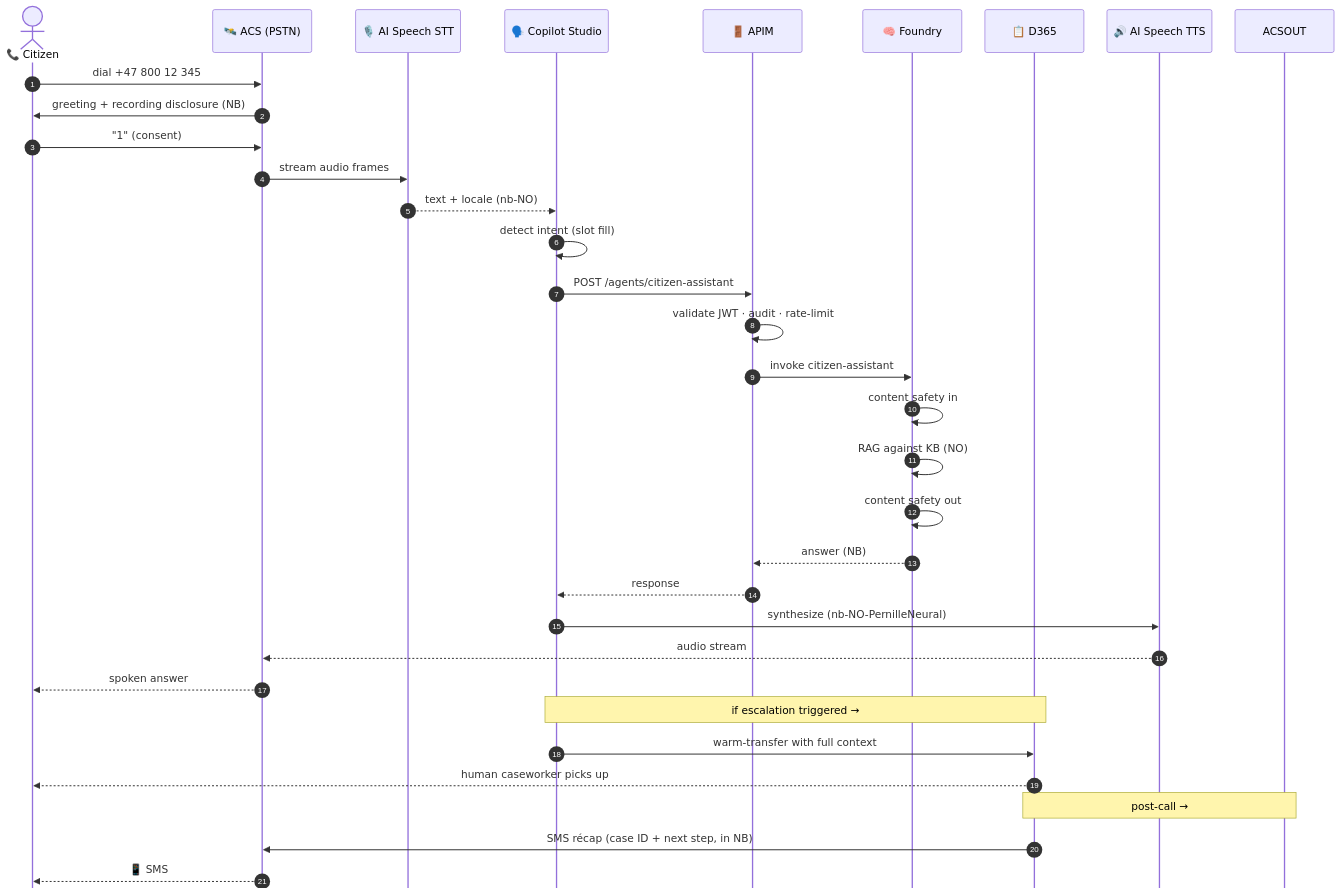
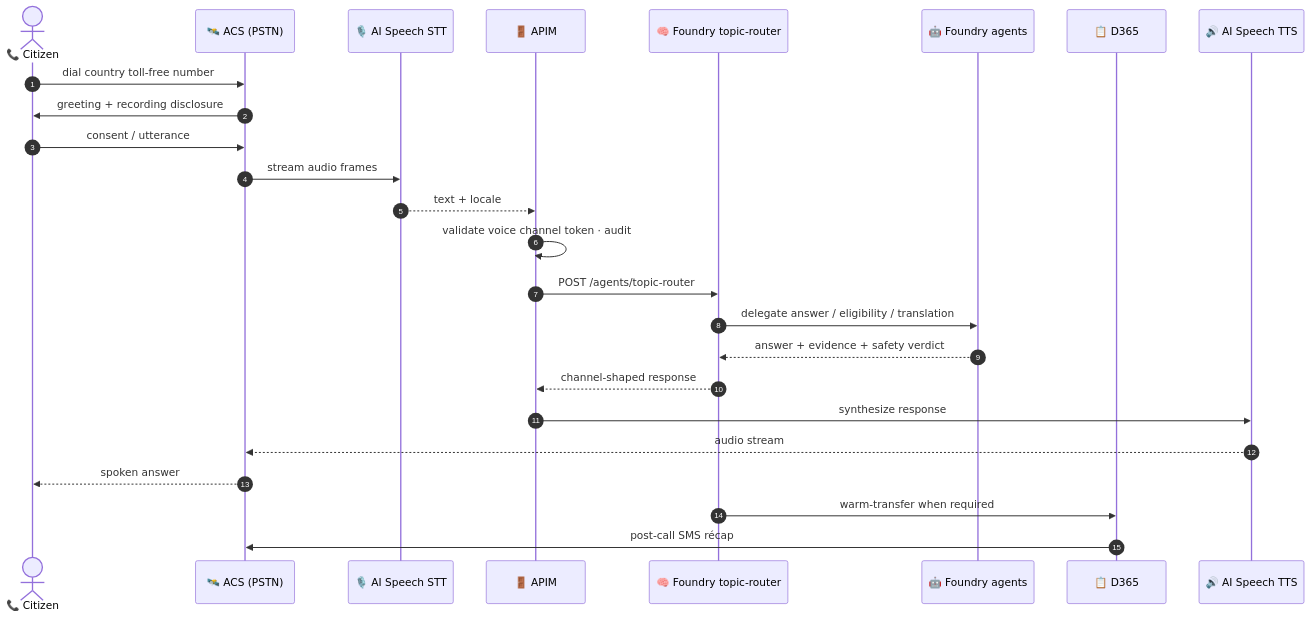
One commit to fredgis/UDCSP changed the second of 5 diagrams in docs/biz/voice.md. Above: the diagram before and after it, drawn with Mermaid. The commit also changed other lines of this file and 193 other files, not shown here.

````diff
--- a/docs/biz/voice.md
+++ b/docs/biz/voice.md
@@ -128,37 +93,27 @@
 ```mermaid
-%%{ init: { 'sequence': { 'mirrorActors': false, 'actorMargin': 35 }, 'themeVariables': { 'fontSize': '12px' } } }%%
 sequenceDiagram
     autonumber
     actor C as 📞 Citizen
     participant ACS as 🛰️ ACS (PSTN)
     participant STT as 🎙️ AI Speech STT
-    participant CS as 🗣️ Copilot Studio
     participant API as 🚪 APIM
-    participant F as 🧠 Foundry
+    participant R as 🧠 Foundry topic-router
+    participant F as 🤖 Foundry agents
     participant D as 📋 D365
     participant TTS as 🔊 AI Speech TTS
-
-    C->>ACS: dial +47 800 12 345
-    ACS->>C: greeting + recording disclosure (NB)
-    C->>ACS: "1" (consent)
+    C->>ACS: dial country toll-free number
+    ACS->>C: greeting + recording disclosure
+    C->>ACS: consent / utterance
     ACS->>STT: stream audio frames
-    STT-->>CS: text + locale (nb-NO)
-    CS->>CS: detect intent (slot fill)
-    CS->>API: POST /agents/citizen-assistant
-    API->>API: validate JWT · audit · rate-limit
-    API->>F: invoke citizen-assistant
-    F->>F: content safety in
-    F->>F: RAG against KB (NO)
-    F->>F: content safety out
-    F-->>API: answer (NB)
-    API-->>CS: response
-    CS->>TTS: synthesize (nb-NO-PernilleNeural)
+    STT-->>API: text + locale
+    API->>API: validate voice channel token · audit
+    API->>R: POST /agents/topic-router
+    R->>F: delegate answer / eligibility / translation
+    F-->>R: answer + evidence + safety verdict
+    R-->>API: channel-shaped response
+    API->>TTS: synthesize response
     TTS-->>ACS: audio stream
     ACS-->>C: spoken answer
-    Note over CS,D: if escalation triggered →
-    CS->>D: warm-transfer with full context
-    D-->>C: human caseworker picks up
-    Note over D,ACSOUT: post-call →
-    D->>ACS: SMS récap (case ID + next step, in NB)
-    ACS-->>C: 📱 SMS
+    R->>D: warm-transfer when required
+    D->>ACS: post-call SMS récap
 ```
````
